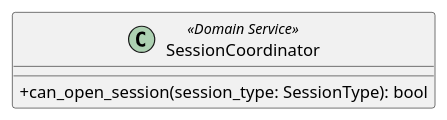
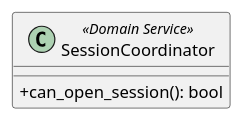
Before and after one commit to GroupRubberDuck/Documentazione: the diagram in src/PB/DocumentazioneEsterna/Specifica_Tecnica/content/uml/puml/Diagrammi_classi/Backend/ApplicationServices/SessionCoordinator.puml, drawn with PlantUML. The commit also changed 34 other files, not shown here.

```diff
--- a/src/PB/DocumentazioneEsterna/Specifica_Tecnica/content/uml/puml/Diagrammi_classi/Backend/ApplicationServices/SessionCoordinator.puml
+++ b/src/PB/DocumentazioneEsterna/Specifica_Tecnica/content/uml/puml/Diagrammi_classi/Backend/ApplicationServices/SessionCoordinator.puml
@@ -1,6 +1,8 @@
- @startuml SaveAssetService
+@startuml SessionCoordinator
 skinparam classAttributeIconSize 0
- class SessionCoordinator <<Domain Service>> {
-        + can_open_session(session_type: SessionType): bool
-    }
-@endumlP
+
+class SessionCoordinator <<Domain Service>> {
+    + can_open_session(): bool
+}
+
+@enduml
```
